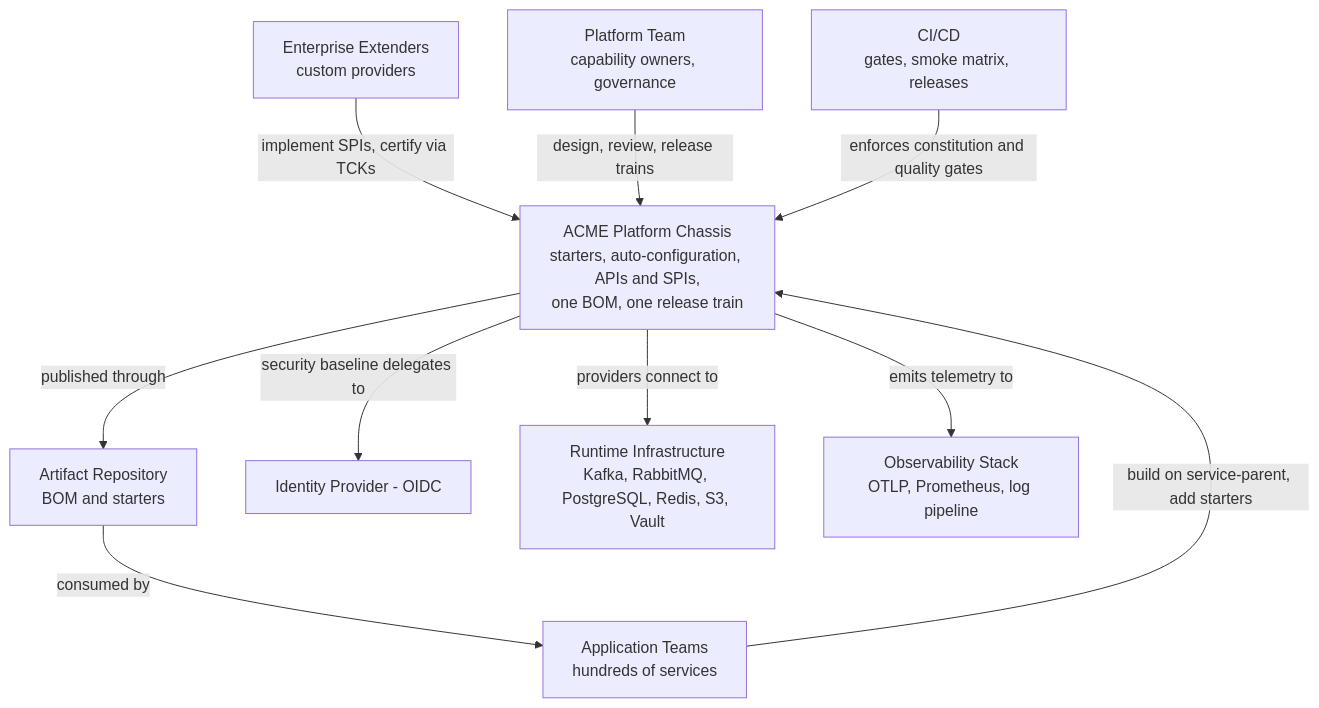
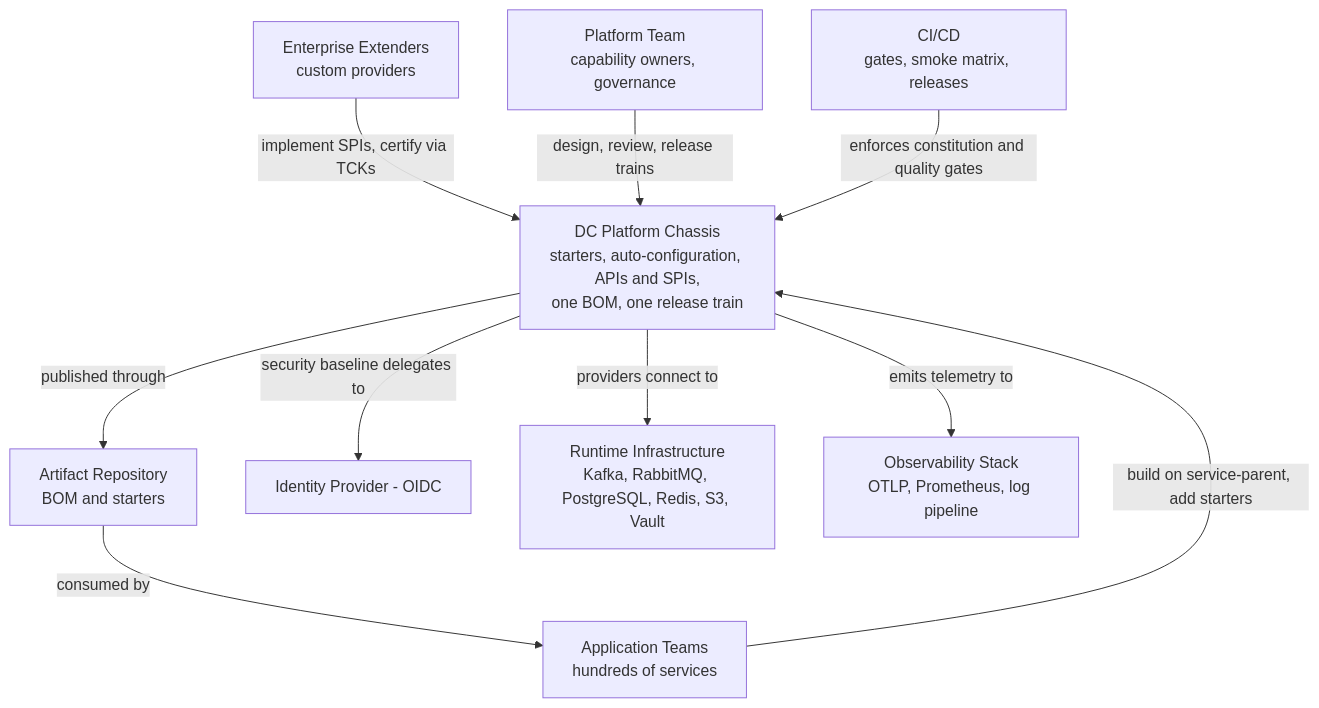
Before and after one commit to muhammadallee/dc-platform: the diagram in docs/diagrams/context.mermaid, drawn with Mermaid. The commit also changed 111 other files, not shown here.

```diff
--- a/docs/diagrams/context.mermaid
+++ b/docs/diagrams/context.mermaid
@@ -1,20 +1,20 @@
 flowchart TB
-  plat["ACME Platform Chassis<br>starters, auto-configuration, APIs and SPIs,<br>one BOM, one release train"]
+  plat["DC Platform Chassis<br>starters, auto-configuration, APIs and SPIs,<br>one BOM, one release train"]
   teams["Application Teams<br>hundreds of services"]
   ext["Enterprise Extenders<br>custom providers"]
   pteam["Platform Team<br>capability owners, governance"]
   repo["Artifact Repository<br>BOM and starters"]
   ci["CI/CD<br>gates, smoke matrix, releases"]
   idp["Identity Provider - OIDC"]
   infra["Runtime Infrastructure<br>Kafka, RabbitMQ, PostgreSQL, Redis, S3, Vault"]
   obs["Observability Stack<br>OTLP, Prometheus, log pipeline"]
 
   teams -->|build on service-parent, add starters| plat
   ext -->|implement SPIs, certify via TCKs| plat
   pteam -->|design, review, release trains| plat
   plat -->|published through| repo
   repo -->|consumed by| teams
   ci -->|enforces constitution and quality gates| plat
   plat -->|security baseline delegates to| idp
   plat -->|providers connect to| infra
   plat -->|emits telemetry to| obs
```
